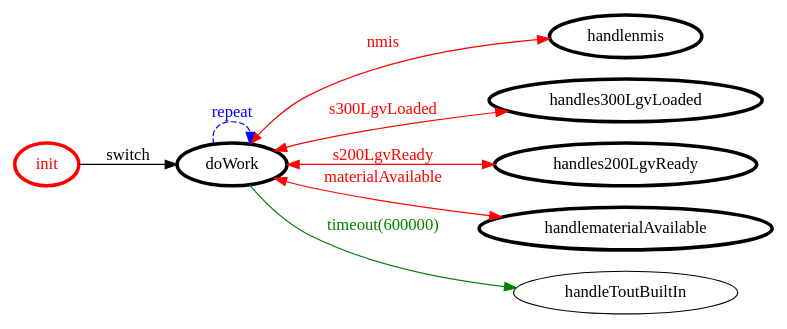
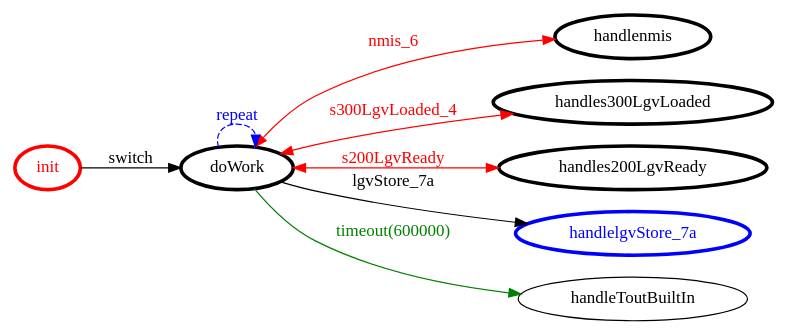
Before and after one commit to anatali/lss0: the diagram in it.unibo.e80/srcMore/it/unibo/lgvman/lgvman.gv, drawn with Graphviz. The commit also changed 50 other files, not shown here.

```diff
--- a/it.unibo.e80/srcMore/it/unibo/lgvman/lgvman.gv
+++ b/it.unibo.e80/srcMore/it/unibo/lgvman/lgvman.gv
@@ -1,26 +1,26 @@
 /*
 *
 * A GraphViz DOT FSM description 
 * Please use a GraphViz visualizer (like http://www.webgraphviz.com)
 *  
 */
 
 digraph finite_state_machine {
 	rankdir=LR
 	size="8,5"
 	
 	init [ color = red ][ fontcolor = red ][ penwidth = 3 ]
 	handlenmis [ color = black ][ fontcolor = black ][ penwidth = 3 ]
 	doWork [ color = black ][ fontcolor = black ][ penwidth = 3 ]
 	handles300LgvLoaded [ color = black ][ fontcolor = black ][ penwidth = 3 ]
 	handles200LgvReady [ color = black ][ fontcolor = black ][ penwidth = 3 ]
-	handlematerialAvailable [ color = black ][ fontcolor = black ][ penwidth = 3 ]
+	handlelgvStore_7a [ color = blue ][ fontcolor = blue ][ penwidth = 3 ]
 	
-	doWork -> handlematerialAvailable [ label = "materialAvailable" ][ color = red ][ fontcolor = red ][ dir = both ]
-	doWork -> handles300LgvLoaded [ label = "s300LgvLoaded" ][ color = red ][ fontcolor = red ][ dir = both ]
-	doWork -> handlenmis [ label = "nmis" ][ color = red ][ fontcolor = red ][ dir = both ]
+	doWork -> handles300LgvLoaded [ label = "s300LgvLoaded_4" ][ color = red ][ fontcolor = red ][ dir = both ]
 	init -> doWork [ label = "switch" ][ color = black ][ fontcolor = black ]
+	doWork -> handlenmis [ label = "nmis_6" ][ color = red ][ fontcolor = red ][ dir = both ]
 	doWork -> handles200LgvReady [ label = "s200LgvReady" ][ color = red ][ fontcolor = red ][ dir = both ]
+	doWork -> handlelgvStore_7a [ label = "lgvStore_7a" ][ color = black ][ fontcolor = black ]
 	doWork -> doWork [ label = "repeat "][ style = dashed ][ color = blue ][ fontcolor = blue ]
 	doWork -> handleToutBuiltIn [ label = "timeout(600000)" ][ color = green ][ fontcolor = green ]
 }
```
